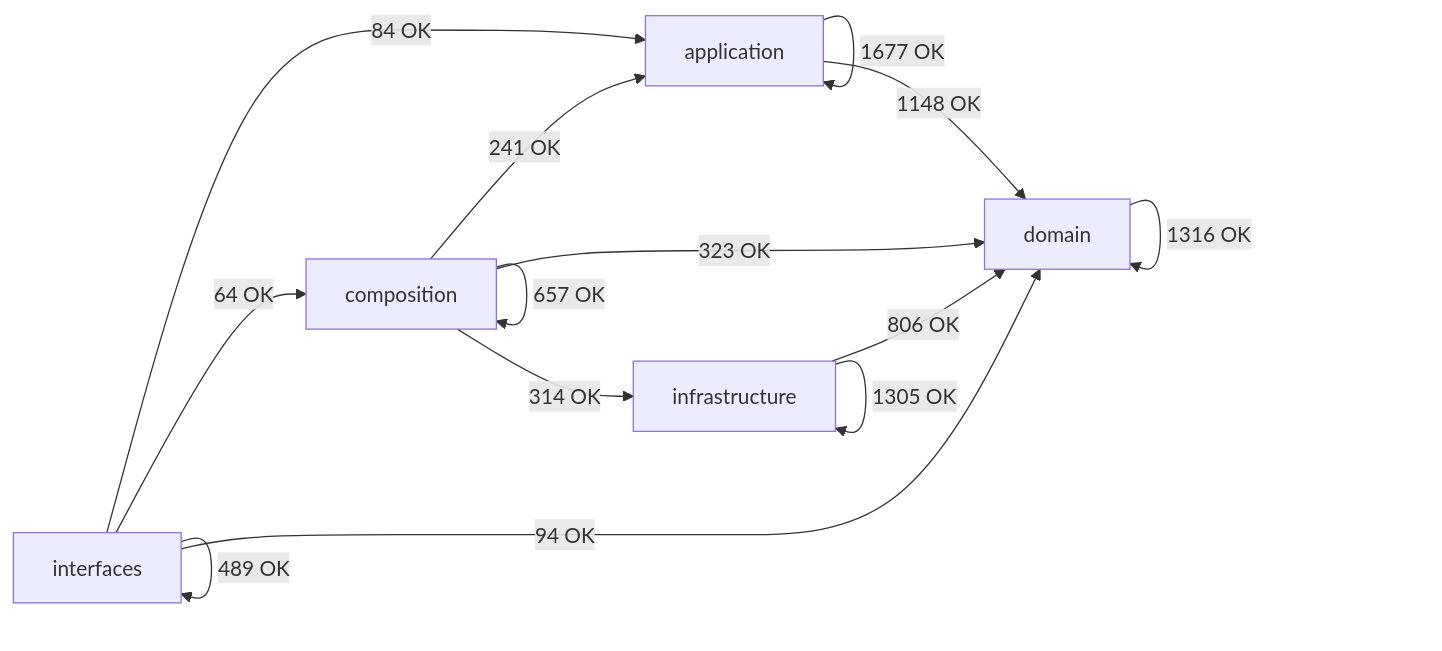
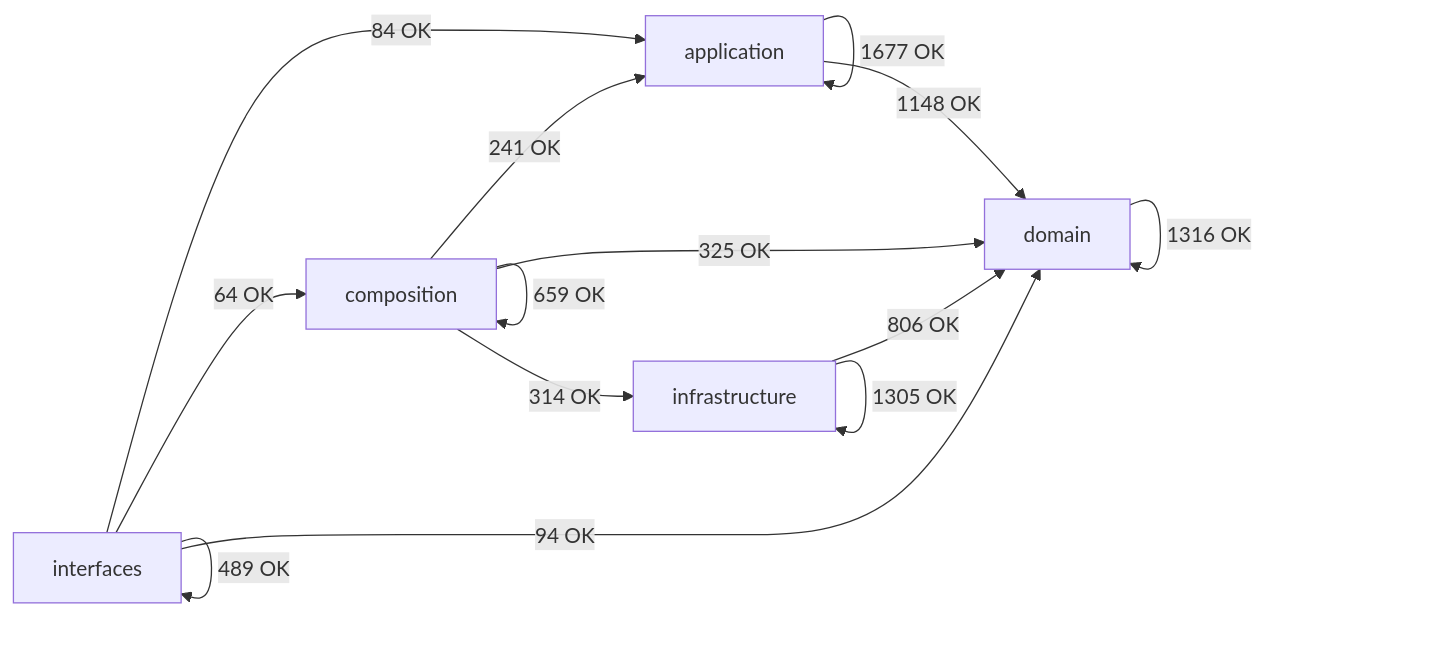
Before and after one commit to SatoryKono/BioactivityDataAcquisition: the diagram in docs/02-architecture/generated/module-dependency-map.md, drawn with Mermaid. The commit also changed other lines of this file and 2 other files, not shown here.

````diff
--- a/docs/02-architecture/generated/module-dependency-map.md
+++ b/docs/02-architecture/generated/module-dependency-map.md
@@ -17,21 +17,21 @@
 ```mermaid
 flowchart LR
     domain[domain]
     application[application]
     infrastructure[infrastructure]
     composition[composition]
     interfaces[interfaces]
     application -->|1677 OK| application
     application -->|1148 OK| domain
     composition -->|241 OK| application
-    composition -->|657 OK| composition
-    composition -->|323 OK| domain
+    composition -->|659 OK| composition
+    composition -->|325 OK| domain
     composition -->|314 OK| infrastructure
     domain -->|1316 OK| domain
     infrastructure -->|806 OK| domain
     infrastructure -->|1305 OK| infrastructure
     interfaces -->|84 OK| application
     interfaces -->|64 OK| composition
     interfaces -->|94 OK| domain
     interfaces -->|489 OK| interfaces
 ```
````
